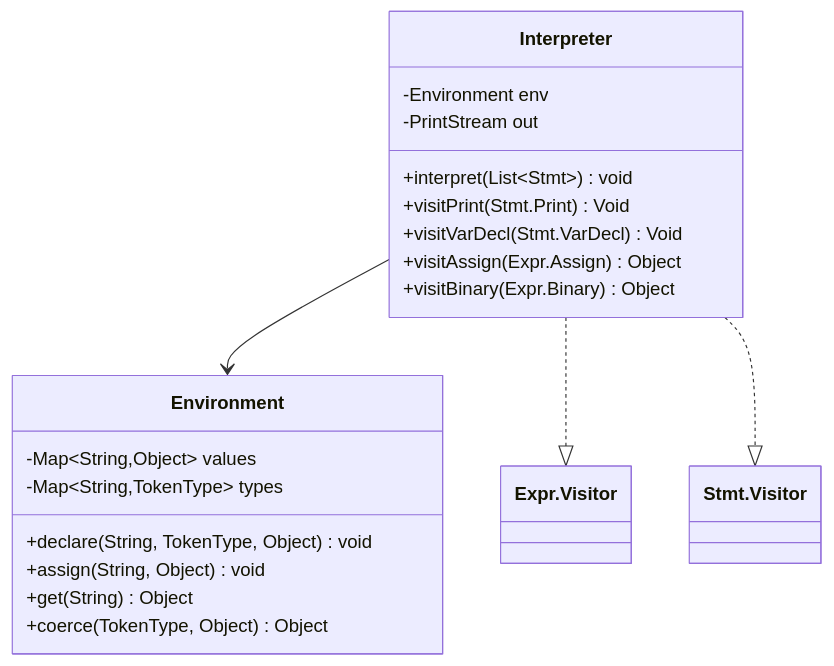
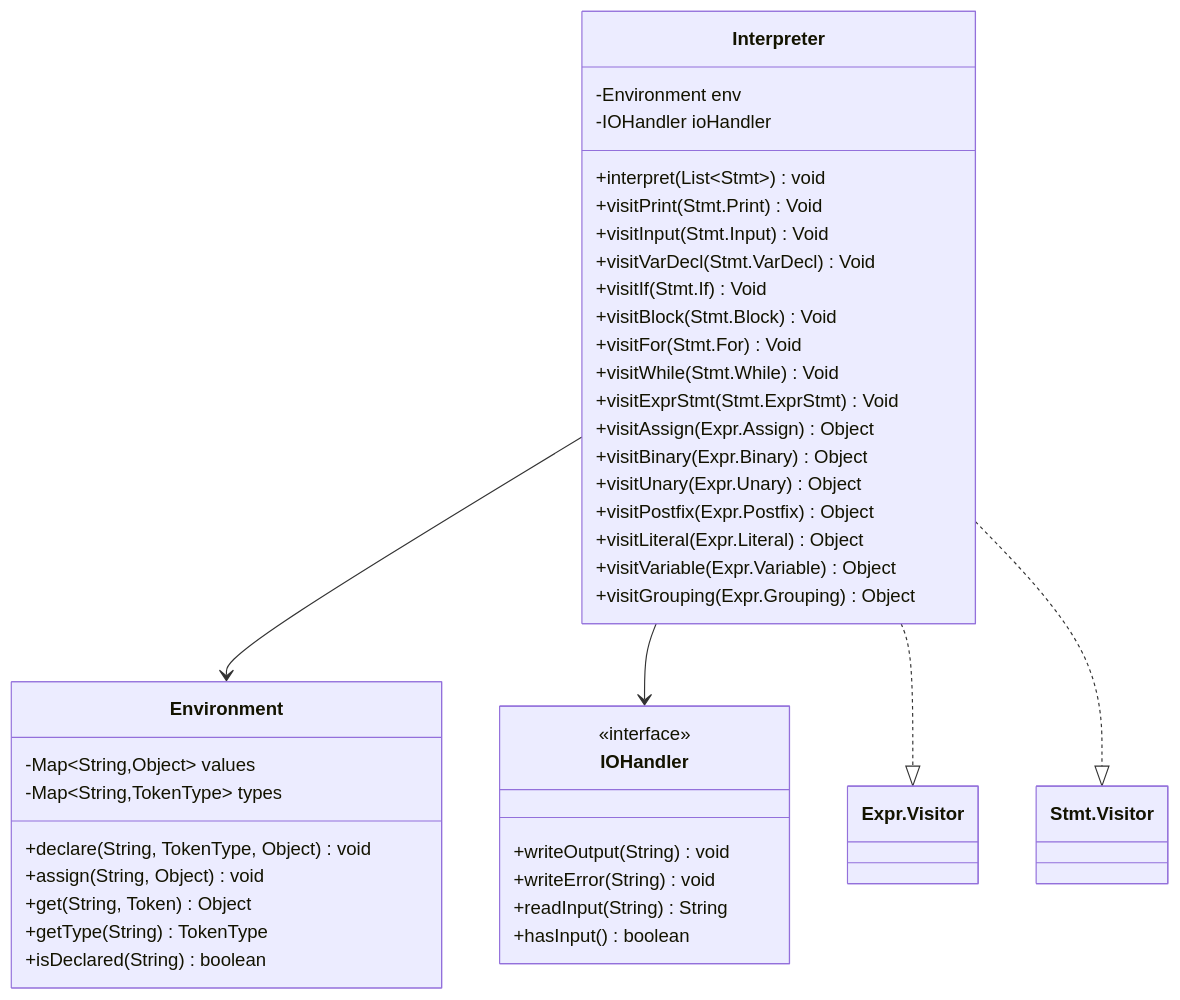
The first of 9 diagrams in docs/interpreter-specification.md (McKlay/bisaya-interpreter), drawn with Mermaid before and after one commit. The commit also changed other lines of this file and 9 other files, not shown here.

````diff
--- a/docs/interpreter-specification.md
+++ b/docs/interpreter-specification.md
@@ -19,25 +19,46 @@
 ```mermaid
 classDiagram
   class Interpreter {
     -Environment env
-    -PrintStream out
+    -IOHandler ioHandler
     +interpret(List~Stmt~) void
     +visitPrint(Stmt.Print) Void
+    +visitInput(Stmt.Input) Void
     +visitVarDecl(Stmt.VarDecl) Void
+    +visitIf(Stmt.If) Void
+    +visitBlock(Stmt.Block) Void
+    +visitFor(Stmt.For) Void
+    +visitWhile(Stmt.While) Void
+    +visitExprStmt(Stmt.ExprStmt) Void
     +visitAssign(Expr.Assign) Object
     +visitBinary(Expr.Binary) Object
+    +visitUnary(Expr.Unary) Object
+    +visitPostfix(Expr.Postfix) Object
+    +visitLiteral(Expr.Literal) Object
+    +visitVariable(Expr.Variable) Object
+    +visitGrouping(Expr.Grouping) Object
   }
   
   class Environment {
     -Map~String,Object~ values
     -Map~String,TokenType~ types
     +declare(String, TokenType, Object) void
     +assign(String, Object) void
-    +get(String) Object
-    +coerce(TokenType, Object) Object
+    +get(String, Token) Object
+    +getType(String) TokenType
+    +isDeclared(String) boolean
+  }
+  
+  class IOHandler {
+    <<interface>>
+    +writeOutput(String) void
+    +writeError(String) void
+    +readInput(String) String
+    +hasInput() boolean
   }
   
   Interpreter --> Environment
+  Interpreter --> IOHandler
   Interpreter ..|> Expr.Visitor
   Interpreter ..|> Stmt.Visitor
 ```
````
